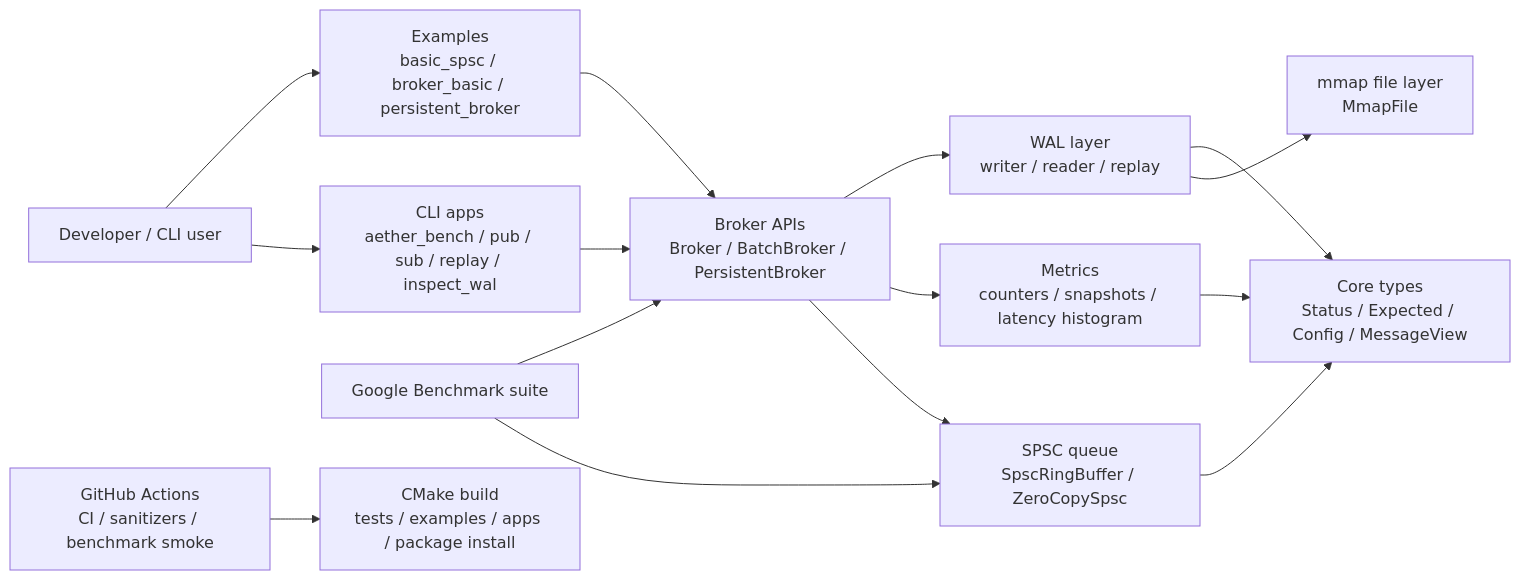
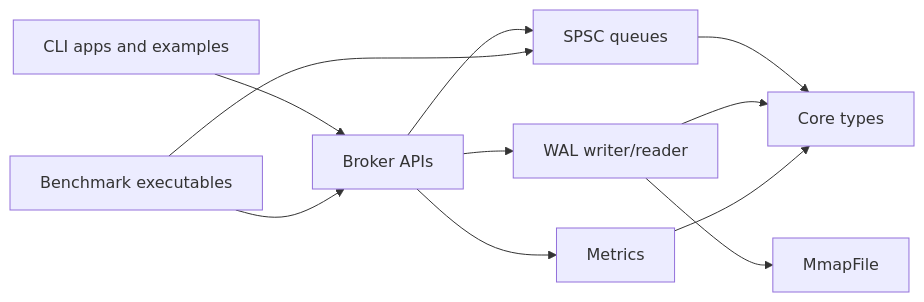
One commit to AyushmanRaha/Aether-Stream changed the first of 2 diagrams in docs/architecture.md. Above: the diagram before and after it, drawn with Mermaid. The commit also changed other lines of this file and 27 other files, not shown here.

````diff
--- a/docs/architecture.md
+++ b/docs/architecture.md
@@ -26,17 +18,13 @@
 ```mermaid
 flowchart LR
-    User["Developer / CLI user"] --> Apps["CLI apps<br/>aether_bench / pub / sub / replay / inspect_wal"]
-    User --> Examples["Examples<br/>basic_spsc / broker_basic / persistent_broker"]
-    Apps --> Broker["Broker APIs<br/>Broker / BatchBroker / PersistentBroker"]
-    Examples --> Broker
-    Broker --> Queue["SPSC queue<br/>SpscRingBuffer / ZeroCopySpsc"]
-    Broker --> Metrics["Metrics<br/>counters / snapshots / latency histogram"]
-    Broker --> WAL["WAL layer<br/>writer / reader / replay"]
-    WAL --> Mmap["mmap file layer<br/>MmapFile"]
-    Queue --> Core["Core types<br/>Status / Expected / Config / MessageView"]
+    Apps["CLI apps and examples"] --> Broker["Broker APIs"]
+    Broker --> Queue["SPSC queues"]
+    Broker --> WAL["WAL writer/reader"]
+    Broker --> Metrics["Metrics"]
+    WAL --> Mmap["MmapFile"]
+    Queue --> Core["Core types"]
     WAL --> Core
     Metrics --> Core
-    Bench["Google Benchmark suite"] --> Queue
+    Bench["Benchmark executables"] --> Queue
     Bench --> Broker
-    CI["GitHub Actions<br/>CI / sanitizers / benchmark smoke"] --> Build["CMake build<br/>tests / examples / apps / package install"]
 ```
````
